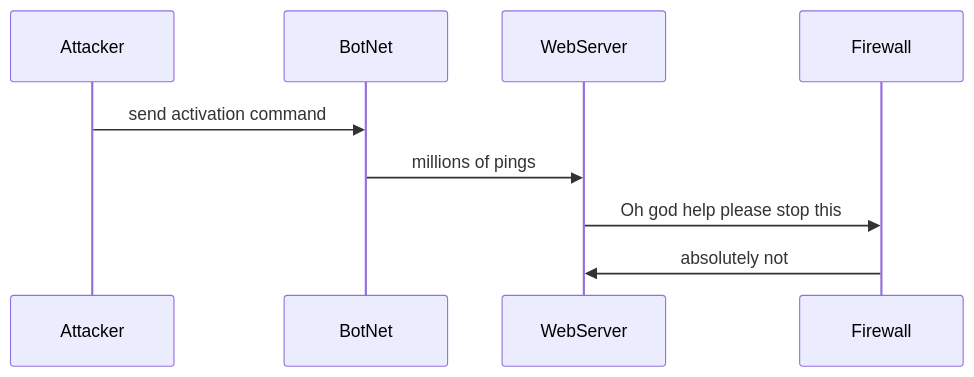
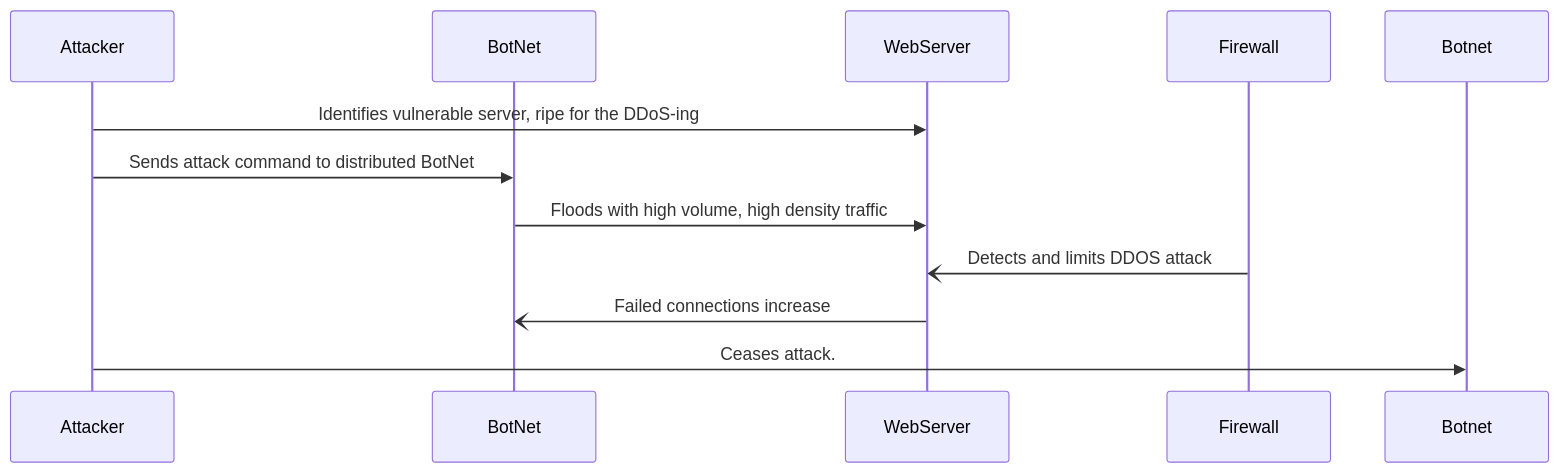
One commit to PGraggWaketech/DDoS-Mermaid-Project-PaytonG changed the diagram in DDoS_Attack_Sequence.md. Above: the diagram before and after it, drawn with Mermaid.

Commit message:
Update DDoS_Attack_Sequence to read better, more detail

````diff
--- a/DDoS_Attack_Sequence.md
+++ b/DDoS_Attack_Sequence.md
@@ -1,12 +1,14 @@
 ```mermaid
 sequenceDiagram
 participant Attacker
 participant BotNet
 participant WebServer
 participant Firewall
 
-Attacker->>BotNet: send activation command
-BotNet->>WebServer: millions of pings
-WebServer->>Firewall: Oh god help please stop this
-Firewall->>WebServer: absolutely not
+Attacker->>WebServer: Identifies vulnerable server, ripe for the DDoS-ing
+Attacker->>BotNet: Sends attack command to distributed BotNet
+BotNet->>WebServer: Floods with high volume, high density traffic
+Firewall-)WebServer: Detects and limits DDOS attack
+WebServer-)BotNet: Failed connections increase
+Attacker->>Botnet: Ceases attack.
 ```
````
